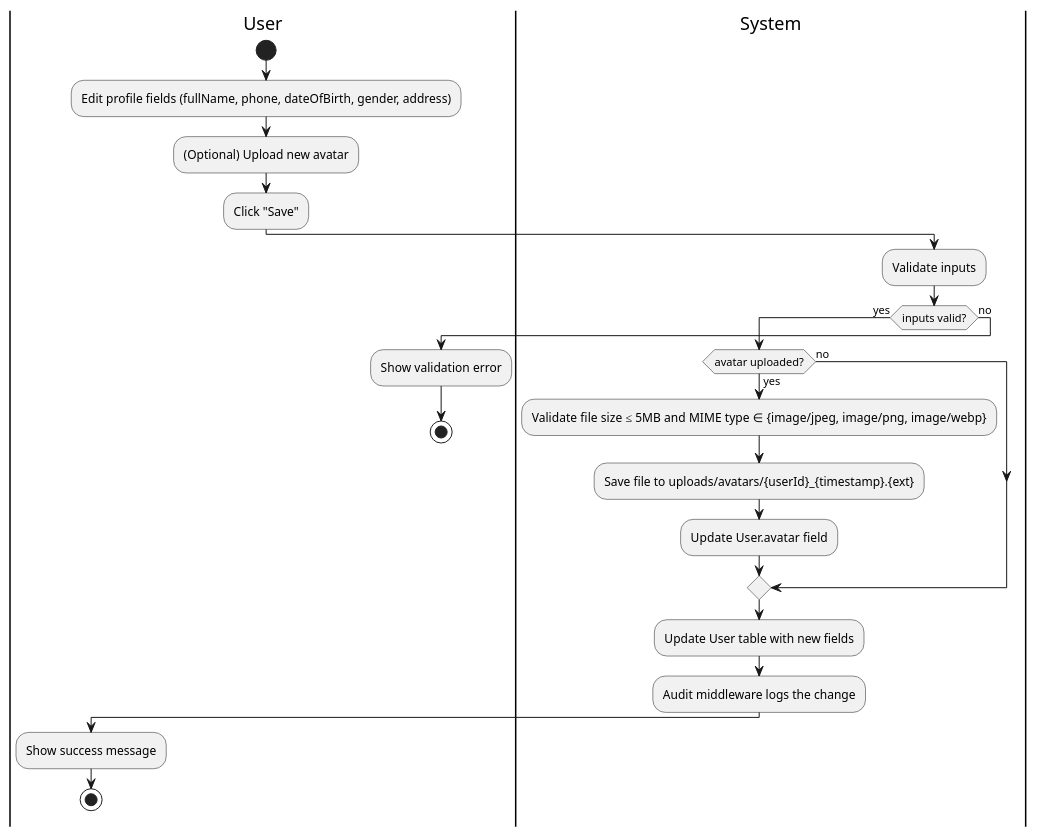
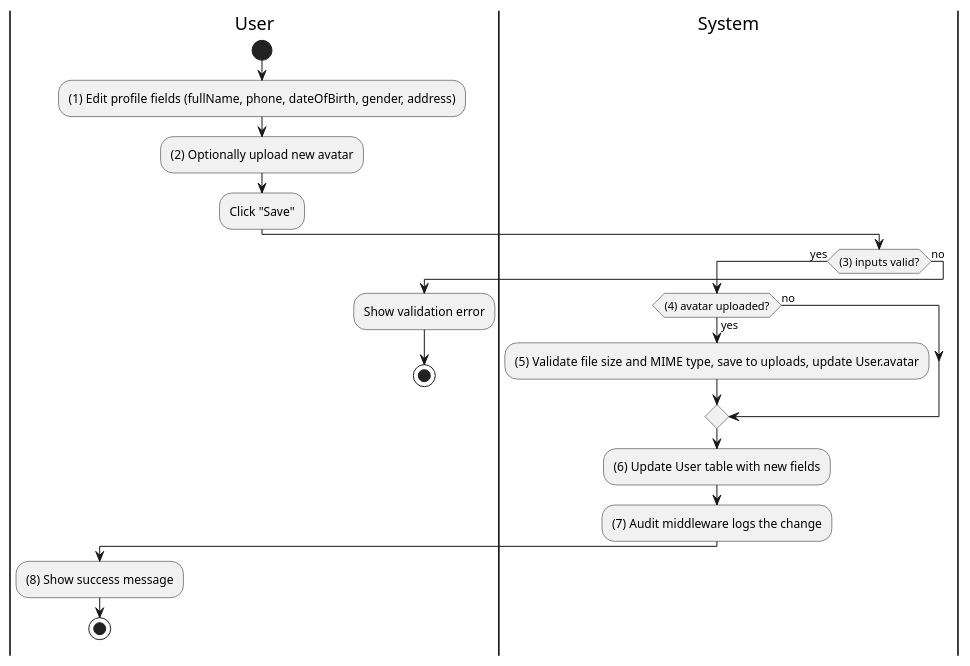
One commit to MinhThienNguyen040905/SE356---He-thong-phong-kham changed the seventh of 27 diagrams in Docs/SRS.md. Above: the diagram before and after it, drawn with PlantUML. The commit also changed other lines of this file, not shown here.

Commit message:
Implement feature X to enhance user experience and optimize performance

````diff
--- a/Docs/SRS.md
+++ b/Docs/SRS.md
@@ -495,28 +464,25 @@
 ```plantuml
 @startuml
 |User|
 start
-:Edit profile fields (fullName, phone, dateOfBirth, gender, address);
-:(Optional) Upload new avatar;
+:(1) Edit profile fields (fullName, phone, dateOfBirth, gender, address);
+:(2) Optionally upload new avatar;
 :Click "Save";
 |System|
-:Validate inputs;
-if (inputs valid?) then (yes)
-  if (avatar uploaded?) then (yes)
-    :Validate file size ≤ 5MB and MIME type ∈ {image/jpeg, image/png, image/webp};
-    :Save file to uploads/avatars/{userId}_{timestamp}.{ext};
-    :Update User.avatar field;
+if ((3) inputs valid?) then (yes)
+  if ((4) avatar uploaded?) then (yes)
+    :(5) Validate file size and MIME type, save to uploads, update User.avatar;
   else (no)
   endif
-  :Update User table with new fields;
-  :Audit middleware logs the change;
+  :(6) Update User table with new fields;
+  :(7) Audit middleware logs the change;
   |User|
-  :Show success message;
+  :(8) Show success message;
   stop
 else (no)
   |User|
   :Show validation error;
   stop
 endif
 @enduml
 ```
````
